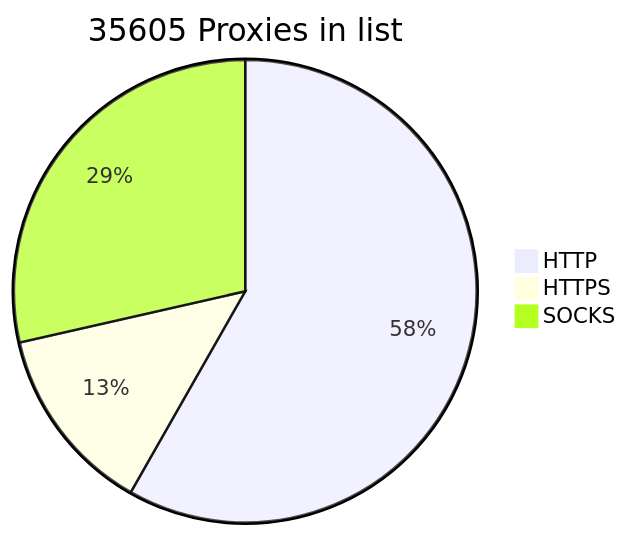
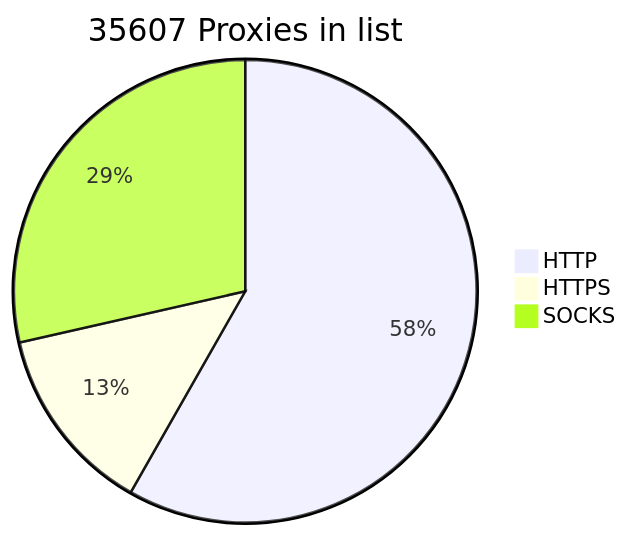
Before and after one commit to BlackSnowDot/proxylist-update-every-minute: the diagram in README.md, drawn with Mermaid.

````diff
--- a/README.md
+++ b/README.md
@@ -2,6 +2,6 @@
 ```mermaid
-pie title 35605 Proxies in list
-    "HTTP" : 23039
-    "HTTPS": 5222
+pie title 35607 Proxies in list
+    "HTTP" : 23040
+    "HTTPS": 5223
     "SOCKS" : 11299
 ```
````
